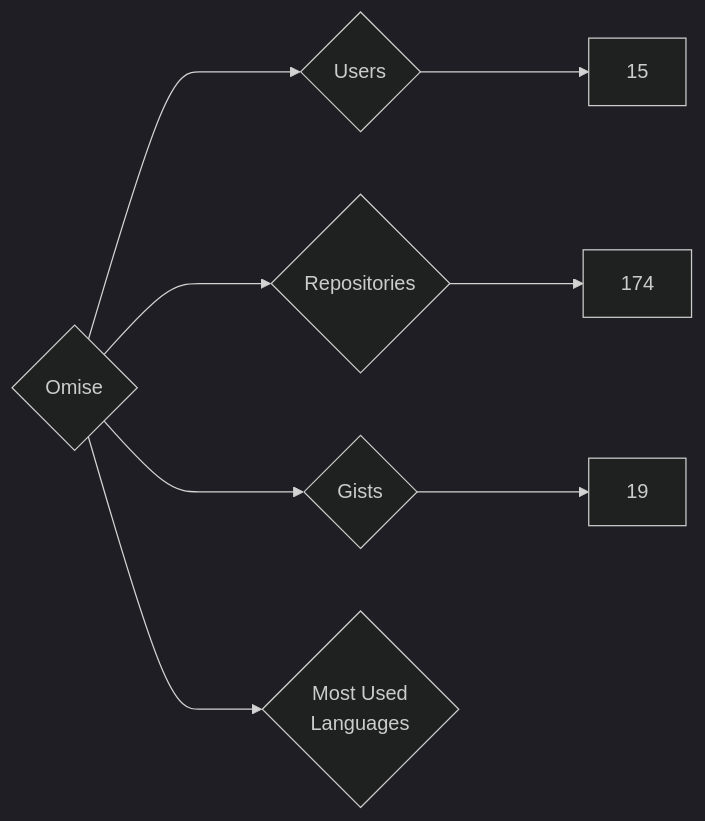
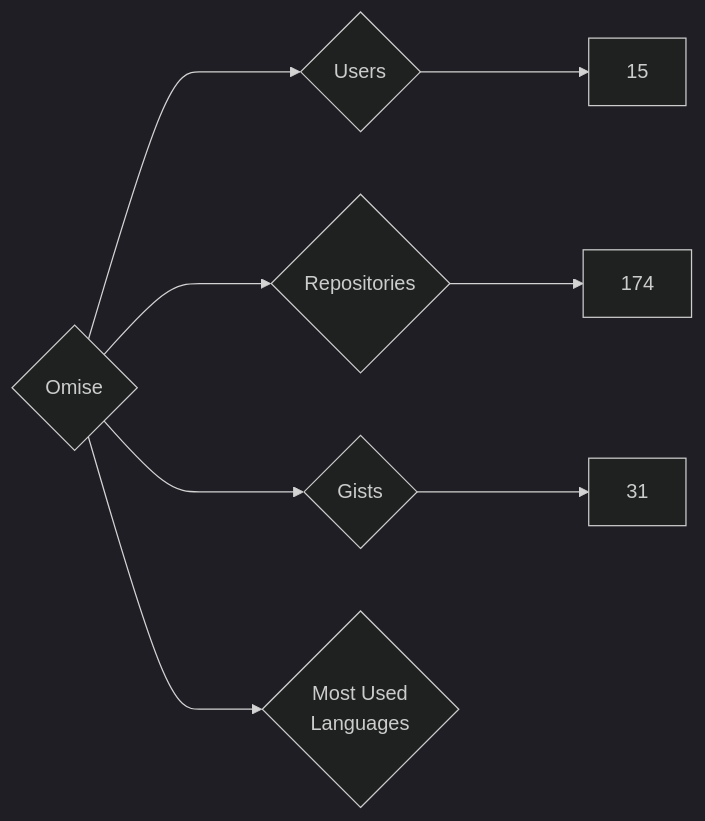
Before and after one commit to nenadzaric/insiders: the diagram in targets/Omise/README.md, drawn with Mermaid (dark theme). The commit also changed 1342 other files, not shown here.

````diff
--- a/targets/Omise/README.md
+++ b/targets/Omise/README.md
@@ -3,8 +3,8 @@
 ```mermaid
 graph LR
 COMPANY_NAME{Omise}
 COMPANY_NAME ---> U{Users} ---> UN[15]
 COMPANY_NAME ---> R{Repositories} ---> RN[174]
-COMPANY_NAME ---> G{Gists} ---> GN[19]
+COMPANY_NAME ---> G{Gists} ---> GN[31]
 COMPANY_NAME ---> ML{Most Used<br>Languages}
 ```
````
